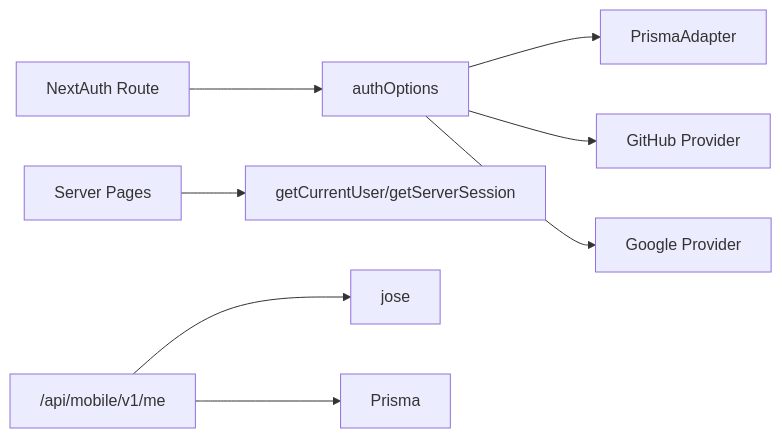
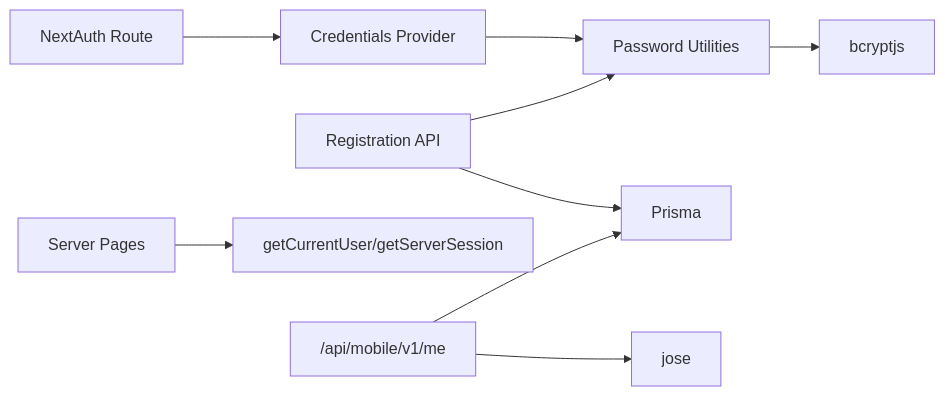
One commit to Dezzpil/meingym changed the eighth of 8 diagrams in .qoder/repowiki/en/content/Authentication and Authorization.md. Above: the diagram before and after it, drawn with Mermaid. The commit also changed other lines of this file and 5 other files, not shown here.

````diff
--- a/.qoder/repowiki/en/content/Authentication and Authorization.md
+++ b/.qoder/repowiki/en/content/Authentication and Authorization.md
@@ -246,10 +334,11 @@
 ```mermaid
 graph LR
-NextAuthRoute["NextAuth Route"] --> AuthOptions["authOptions"]
-AuthOptions --> PrismaAdapter["PrismaAdapter"]
-AuthOptions --> GitHub["GitHub Provider"]
-AuthOptions --> Google["Google Provider"]
+NextAuthRoute["NextAuth Route"] --> Credentials["Credentials Provider"]
+Credentials --> PWUtils["Password Utilities"]
+PWUtils --> Bcrypt["bcryptjs"]
+RegAPI["Registration API"] --> PWUtils
+RegAPI --> Prisma["Prisma"]
 Pages["Server Pages"] --> AuthHelpers["getCurrentUser/getServerSession"]
 MobileAPI["/api/mobile/v1/me"] --> JWTUtils["jose"]
-MobileAPI --> Prisma["Prisma"]
+MobileAPI --> Prisma
 ```
````
